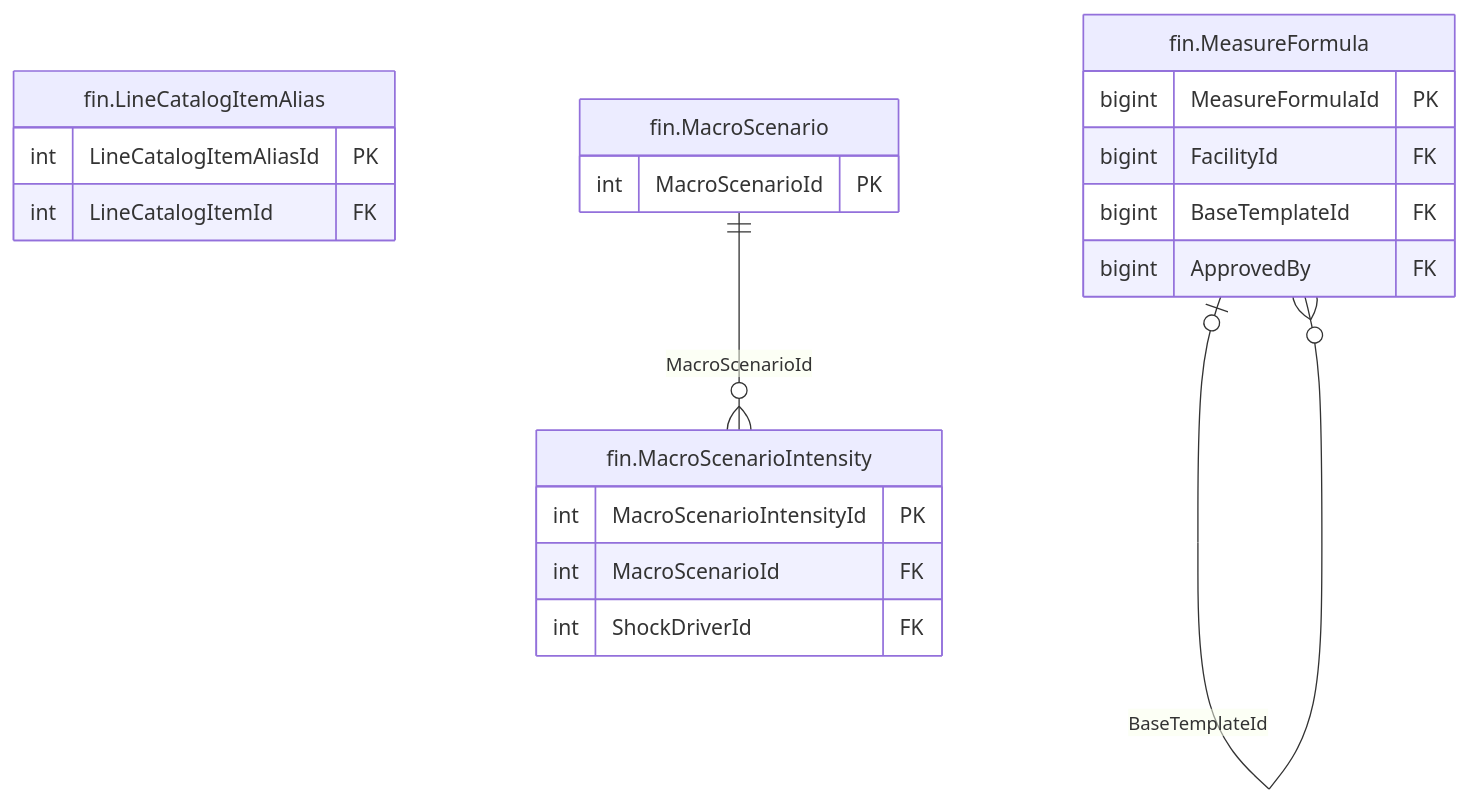
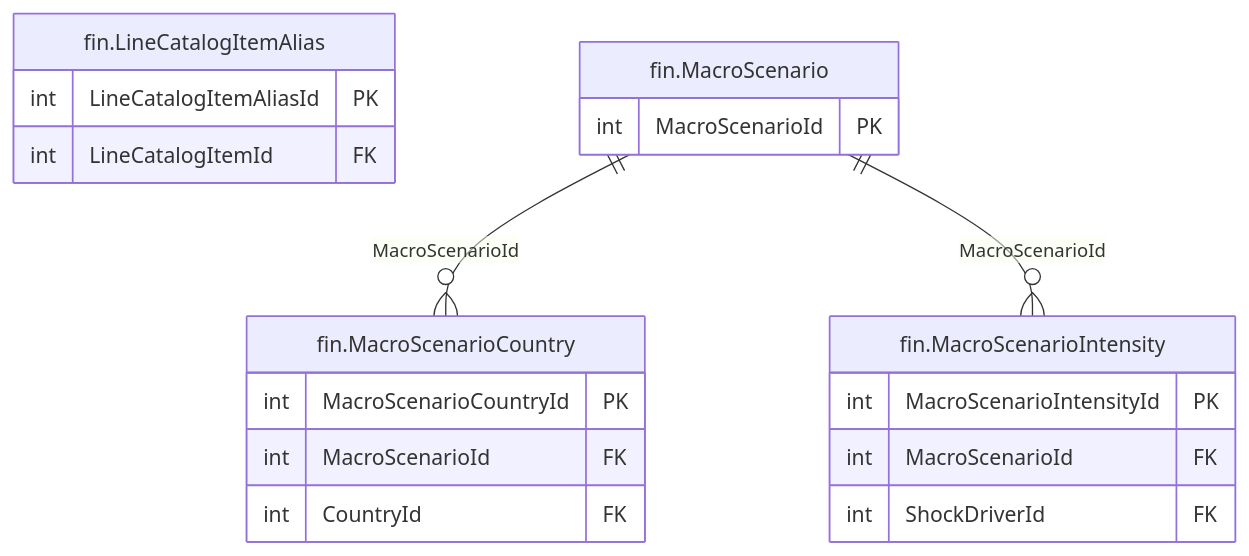
Before and after one commit to thawrasy/smartlines: the diagram in treasury-platform/docs/diagrams/erd/m5_financials_8.mmd, drawn with Mermaid. The commit also changed 194 other files, not shown here.

```diff
--- a/treasury-platform/docs/diagrams/erd/m5_financials_8.mmd
+++ b/treasury-platform/docs/diagrams/erd/m5_financials_8.mmd
@@ -1,22 +1,21 @@
 %% م5 · البيانات المالية والأرصدة (8/13) — Financial statements & balances
 erDiagram
   fin_LineCatalogItemAlias["fin.LineCatalogItemAlias"] {
     int LineCatalogItemAliasId PK
     int LineCatalogItemId FK
   }
   fin_MacroScenario["fin.MacroScenario"] {
     int MacroScenarioId PK
   }
+  fin_MacroScenarioCountry["fin.MacroScenarioCountry"] {
+    int MacroScenarioCountryId PK
+    int MacroScenarioId FK
+    int CountryId FK
+  }
   fin_MacroScenarioIntensity["fin.MacroScenarioIntensity"] {
     int MacroScenarioIntensityId PK
     int MacroScenarioId FK
     int ShockDriverId FK
   }
-  fin_MeasureFormula["fin.MeasureFormula"] {
-    bigint MeasureFormulaId PK
-    bigint FacilityId FK
-    bigint BaseTemplateId FK
-    bigint ApprovedBy FK
-  }
+  fin_MacroScenario ||--o{ fin_MacroScenarioCountry : "MacroScenarioId"
   fin_MacroScenario ||--o{ fin_MacroScenarioIntensity : "MacroScenarioId"
-  fin_MeasureFormula |o--o{ fin_MeasureFormula : "BaseTemplateId"
```
